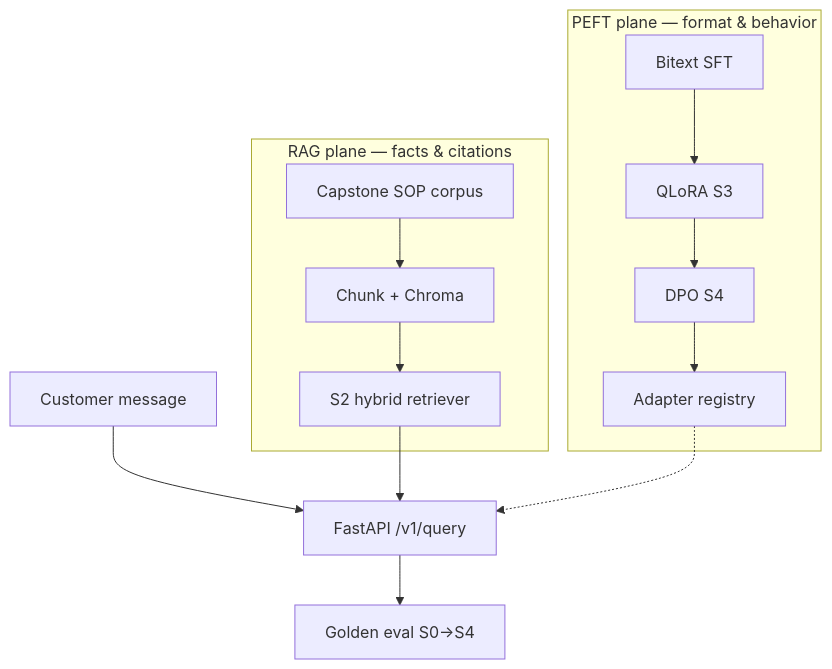
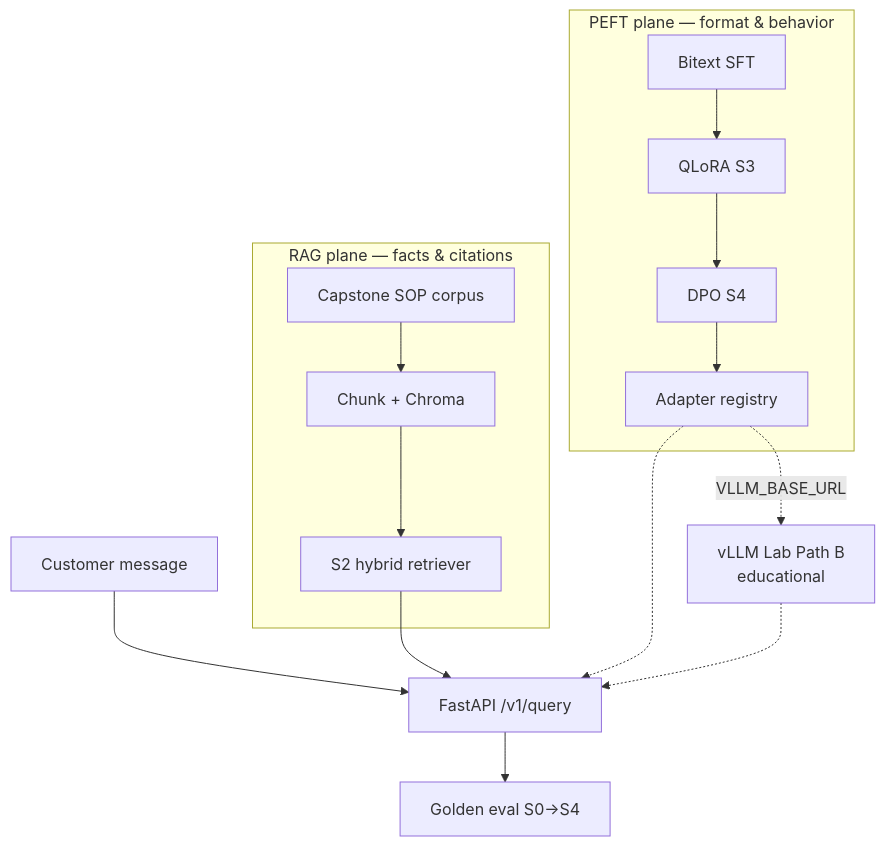
Before and after one commit to vpeetla-ai/domainforge-rag-peft: the diagram in README.md, drawn with Mermaid. The commit also changed other lines of this file, not shown here.

First line of the commit message:
Mark educational vLLM Path B as shipped in status and architecture.

````diff
--- a/README.md
+++ b/README.md
@@ -55,13 +55,15 @@
 ```mermaid
 flowchart TB
   subgraph facts["RAG plane — facts & citations"]
     SOP["Capstone SOP corpus"] --> CHUNK["Chunk + Chroma"] --> HYBRID["S2 hybrid retriever"]
   end
   subgraph behavior["PEFT plane — format & behavior"]
     BITEXT["Bitext SFT"] --> QLORA["QLoRA S3"] --> DPO["DPO S4"] --> REG["Adapter registry"]
   end
   MSG["Customer message"] --> API["FastAPI /v1/query"]
   HYBRID --> API
   REG -.-> API
+  REG -.->|"VLLM_BASE_URL"| VLLM["vLLM Lab Path B<br/>educational"]
+  VLLM -.-> API
   API --> EVAL["Golden eval S0→S4"]
 ```
````
